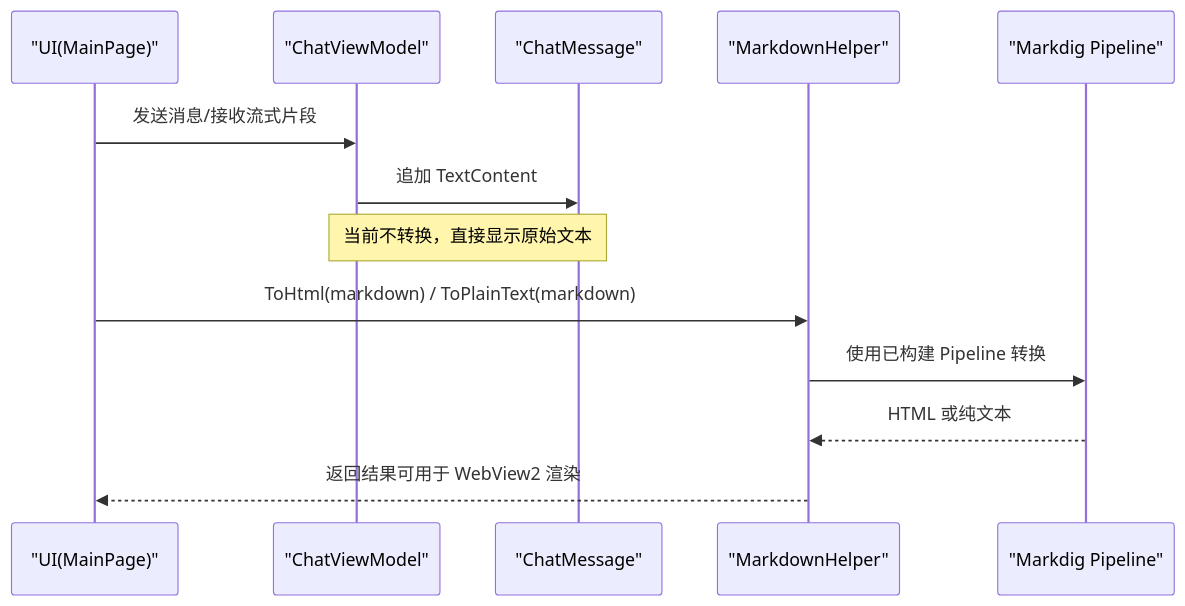
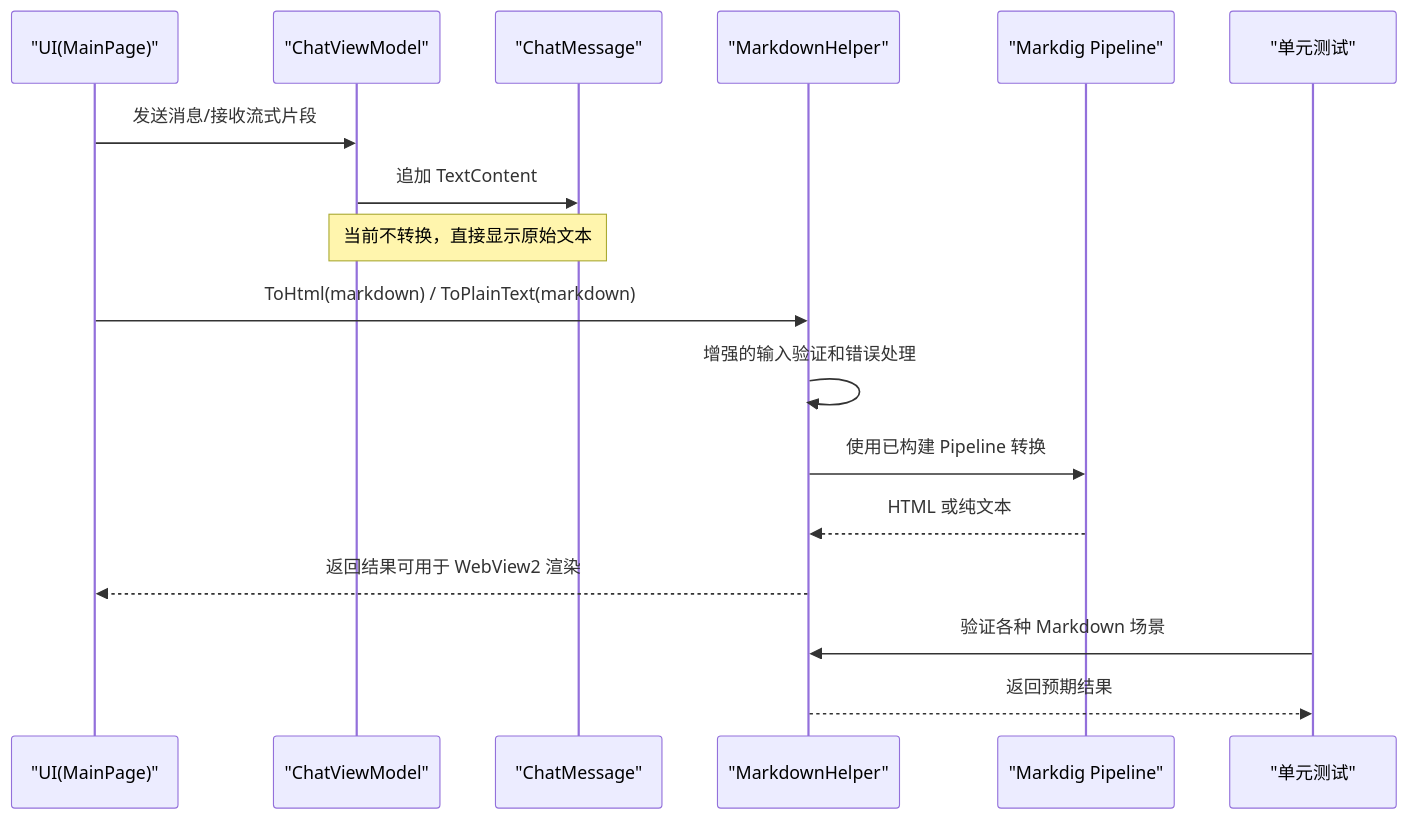
The second of 5 diagrams in .qoder/repowiki/zh/content/服务层设计/Markdown 渲染器.md (AgenticDesktop/App), drawn with Mermaid before and after one commit. The commit also changed other lines of this file and 108 other files, not shown here.

````diff
--- a/.qoder/repowiki/zh/content/服务层设计/Markdown 渲染器.md
+++ b/.qoder/repowiki/zh/content/服务层设计/Markdown 渲染器.md
@@ -95,15 +114,19 @@
 ```mermaid
 sequenceDiagram
 participant UI as "UI(MainPage)"
 participant VM as "ChatViewModel"
 participant Model as "ChatMessage"
 participant Helper as "MarkdownHelper"
 participant Engine as "Markdig Pipeline"
+participant Tests as "单元测试"
 UI->>VM : 发送消息/接收流式片段
 VM->>Model : 追加 TextContent
 Note over VM,Model : 当前不转换，直接显示原始文本
 UI->>Helper : ToHtml(markdown) / ToPlainText(markdown)
+Helper->>Helper : 增强的输入验证和错误处理
 Helper->>Engine : 使用已构建 Pipeline 转换
 Engine-->>Helper : HTML 或纯文本
 Helper-->>UI : 返回结果可用于 WebView2 渲染
+Tests->>Helper : 验证各种 Markdown 场景
+Helper-->>Tests : 返回预期结果
 ```
````
